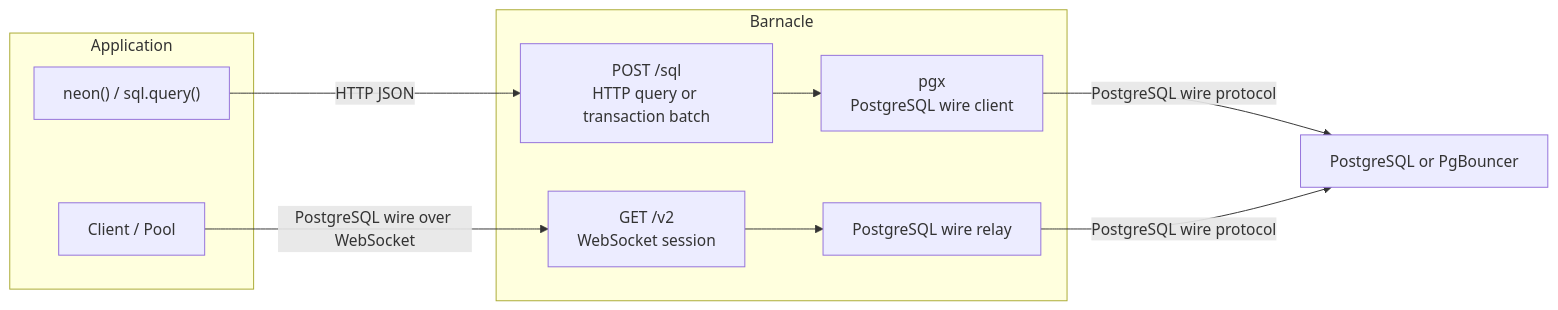
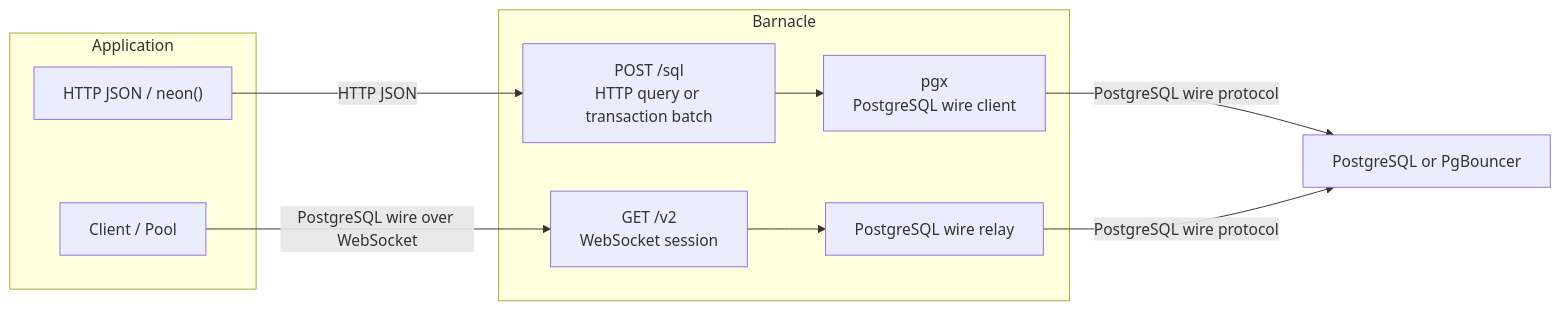
One commit to proddata/barnacle changed the diagram in README.md. Above: the diagram before and after it, drawn with Mermaid. The commit also changed other lines of this file and 35 other files, not shown here.

````diff
--- a/README.md
+++ b/README.md
@@ -5,22 +5,22 @@
 ```mermaid
 flowchart LR
     subgraph App[Application]
-        HTTPClient["neon() / sql.query()"]
+        HTTPClient["HTTP JSON / neon()"]
         WSClient["Client / Pool"]
     end
 
     subgraph Gateway[Barnacle]
         HTTP["POST /sql<br/>HTTP query or transaction batch"]
         PGX["pgx<br/>PostgreSQL wire client"]
         WS["GET /v2<br/>WebSocket session"]
         Relay["PostgreSQL wire relay"]
         HTTP --> PGX
         WS --> Relay
     end
 
     Upstream["PostgreSQL or PgBouncer"]
     HTTPClient -->|HTTP JSON| HTTP
     WSClient -->|PostgreSQL wire over WebSocket| WS
     PGX -->|PostgreSQL wire protocol| Upstream
     Relay -->|PostgreSQL wire protocol| Upstream
 ```
````
